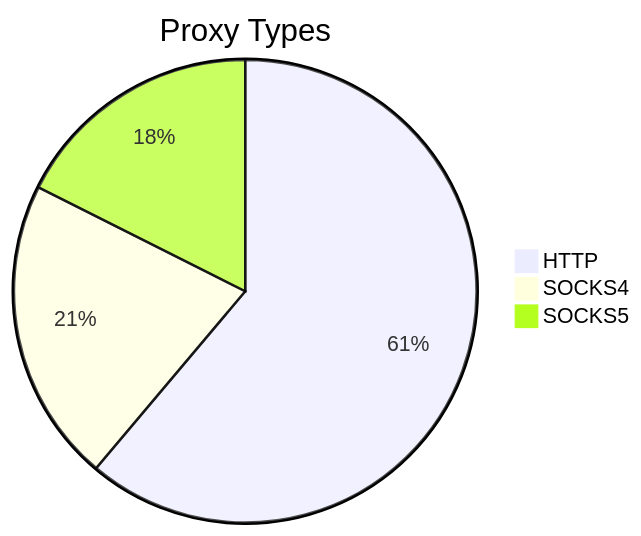
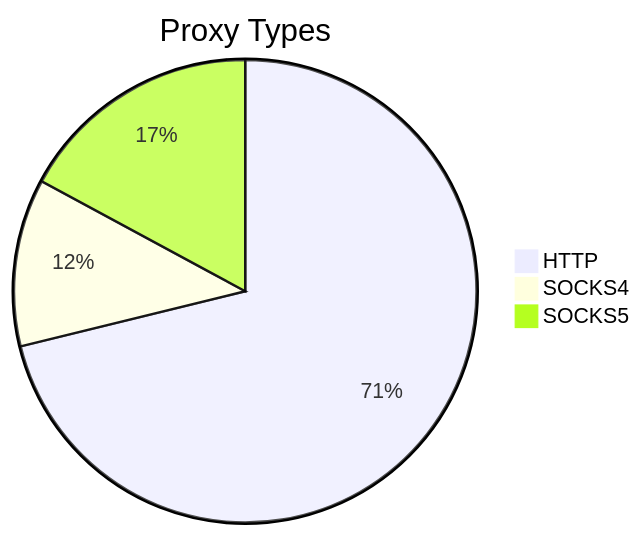
One commit to stormsia/proxy-list changed the first of 2 diagrams in README.md. Above: the diagram before and after it, drawn with Mermaid. The commit also changed other lines of this file, not shown here.

````diff
--- a/README.md
+++ b/README.md
@@ -21,6 +21,6 @@
 ```mermaid
 pie title Proxy Types
-    "HTTP" : 299
-    "SOCKS4" : 104
-    "SOCKS5" : 86
+    "HTTP" : 237
+    "SOCKS4" : 39
+    "SOCKS5" : 57
 ```
````
